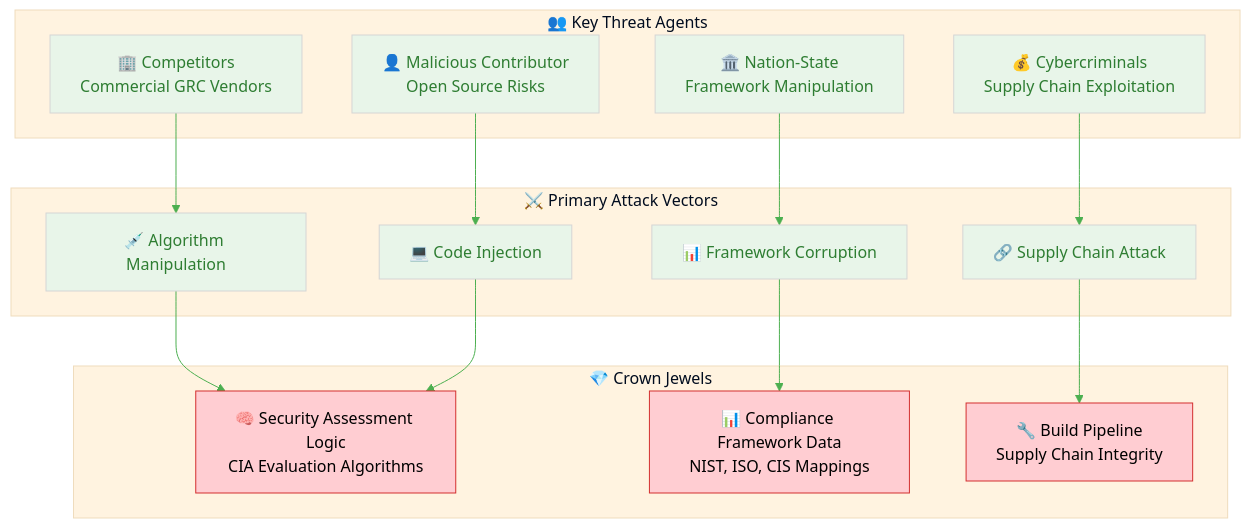
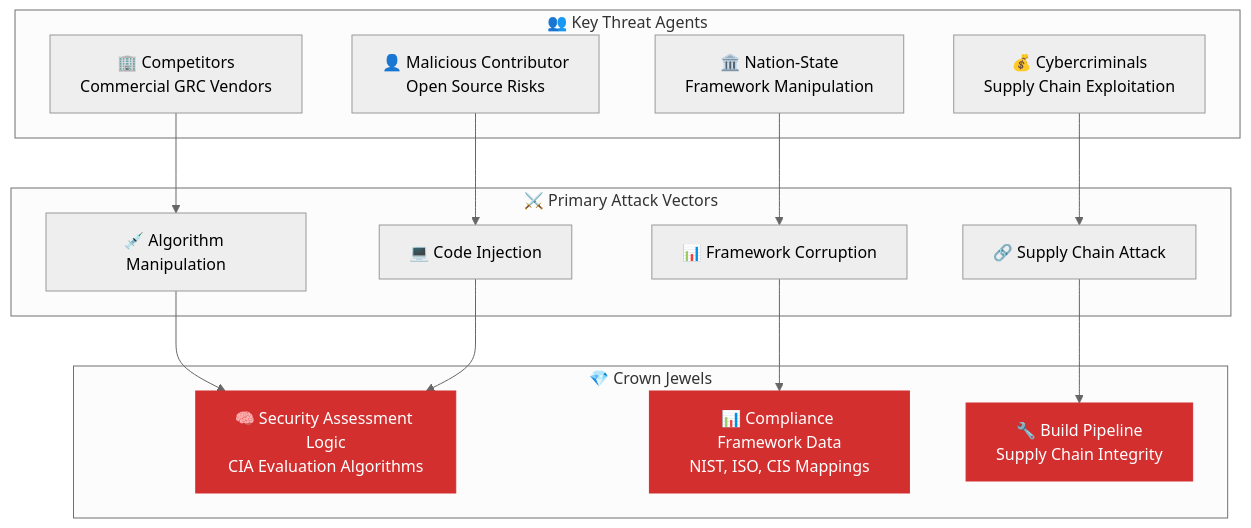
The first of 15 diagrams in docs/architecture/THREAT_MODEL.md (step-security-bot/cia-compliance-manager), drawn with Mermaid before and after one commit. The commit also changed other lines of this file and 27 other files, not shown here.

First line of the commit message:
fix: resolve broken mermaid diagrams and improve color coding to match ISMS style guide (#1106)

````diff
--- a/docs/architecture/THREAT_MODEL.md
+++ b/docs/architecture/THREAT_MODEL.md
@@ -116,48 +116,37 @@
 ```mermaid
-%%{
-  init: {
-    'theme': 'base',
-    'themeVariables': {
-      'primaryColor': '#e8f5e9',
-      'primaryTextColor': '#2e7d32',
-      'lineColor': '#4caf50',
-      'secondaryColor': '#ffcdd2',
-      'tertiaryColor': '#fff3e0'
-    }
-  }
-}%%
+%%{init: {"theme": "neutral"}}%%
 flowchart TB
     subgraph CROWN_JEWELS["💎 Crown Jewels"]
         ASSESSMENT[🧠 Security Assessment Logic<br/>CIA Evaluation Algorithms]
         FRAMEWORKS[📊 Compliance Framework Data<br/>NIST, ISO, CIS Mappings]
         PIPELINE[🔧 Build Pipeline<br/>Supply Chain Integrity]
     end
     
     subgraph ATTACK_VECTORS["⚔️ Primary Attack Vectors"]
         ALGO_POISON[💉 Algorithm Manipulation]
         FRAMEWORK_CORRUPT[📊 Framework Corruption]
         SUPPLY_CHAIN[🔗 Supply Chain Attack]
         CODE_INJECT[💻 Code Injection]
     end
     
     subgraph THREAT_AGENTS["👥 Key Threat Agents"]
         COMPETITORS[🏢 Competitors<br/>Commercial GRC Vendors]
         NATION_STATE[🏛️ Nation-State<br/>Framework Manipulation]
         CYBER_CRIME[💰 Cybercriminals<br/>Supply Chain Exploitation]
         INSIDER[👤 Malicious Contributor<br/>Open Source Risks]
     end
     
     ALGO_POISON --> ASSESSMENT
     FRAMEWORK_CORRUPT --> FRAMEWORKS
     SUPPLY_CHAIN --> PIPELINE
     CODE_INJECT --> ASSESSMENT
     
     COMPETITORS --> ALGO_POISON
     NATION_STATE --> FRAMEWORK_CORRUPT
     CYBER_CRIME --> SUPPLY_CHAIN
     INSIDER --> CODE_INJECT
     
-    style ASSESSMENT fill:#ffcdd2,stroke:#d32f2f,color:#000
-    style FRAMEWORKS fill:#ffcdd2,stroke:#d32f2f,color:#000
-    style PIPELINE fill:#ffcdd2,stroke:#d32f2f,color:#000
+    style ASSESSMENT fill:#D32F2F,stroke:#d32f2f,color:#ffffff
+    style FRAMEWORKS fill:#D32F2F,stroke:#d32f2f,color:#ffffff
+    style PIPELINE fill:#D32F2F,stroke:#d32f2f,color:#ffffff
 ```
````
